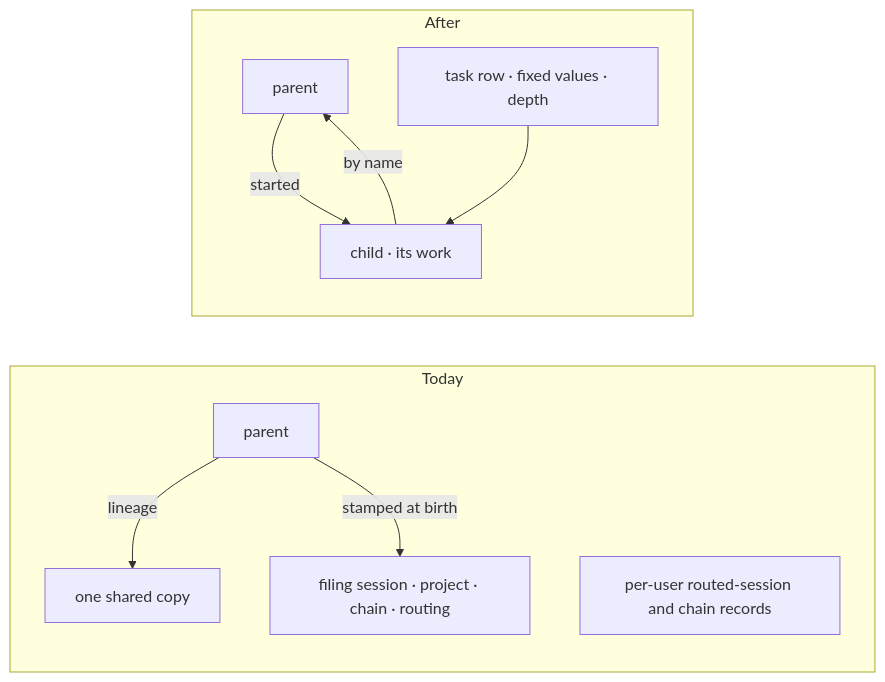
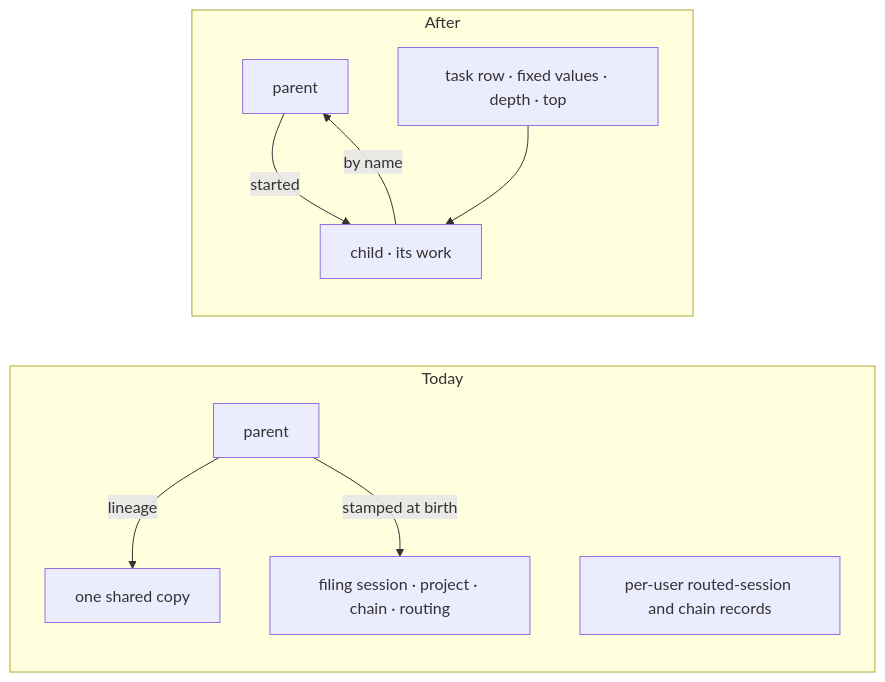
Before and after one commit to fixpoint-labs/flow-state-dev: the second of 2 diagrams in specs/issues/FIX-2947/SPEC.md, drawn with Mermaid. The commit also changed other lines of this file and 15 other files, not shown here.

````diff
--- a/specs/issues/FIX-2947/SPEC.md
+++ b/specs/issues/FIX-2947/SPEC.md
@@ -51,13 +51,13 @@
 ```mermaid
 flowchart LR
   subgraph today["Today"]
     P1["parent"] -->|"lineage"| L1["one shared copy"]
     P1 -->|"stamped at birth"| S1["filing session · project · chain · routing"]
     U1["per-user routed-session and chain records"]
   end
   subgraph after["After"]
     P2["parent"] -->|"started"| C2["child · its work"]
-    W2["task row · fixed values · depth"] --> C2
+    W2["task row · fixed values · depth · top"] --> C2
     C2 -->|"by name"| P2
   end
 ```
````
